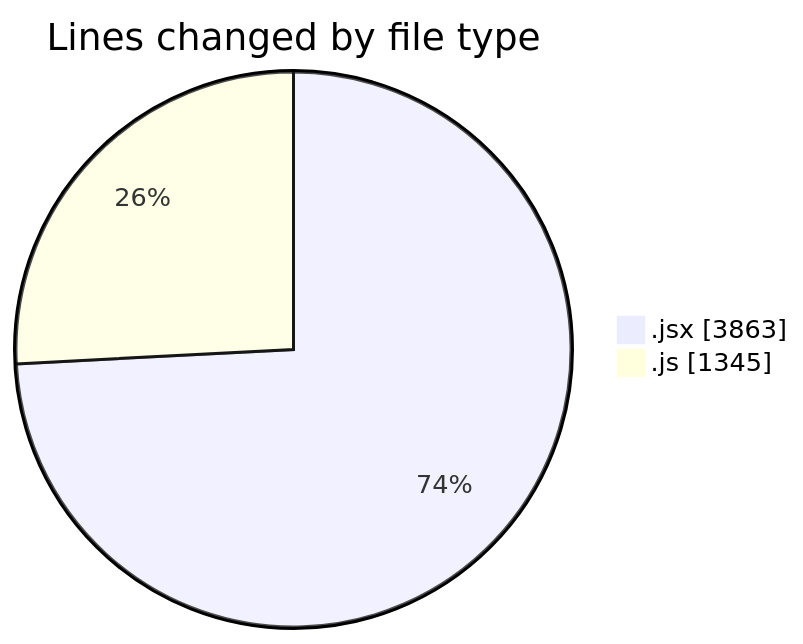
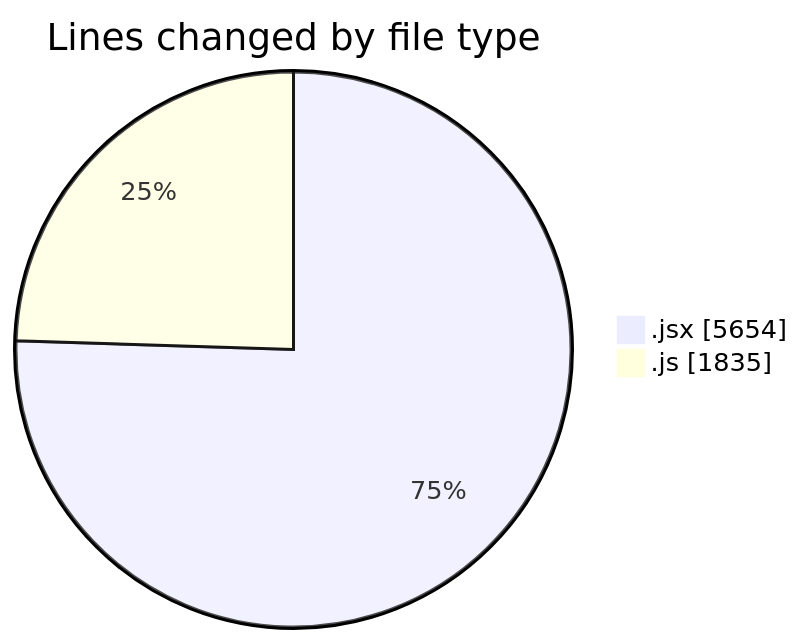
Before and after one commit to nxtqubesakshisongat/code-tracking: the first of 2 diagrams in 2025-12-24/nxtqube_webapp/README.md, drawn with Mermaid. The commit also changed other lines of this file and 1 other file, not shown here.

````diff
--- a/2025-12-24/nxtqube_webapp/README.md
+++ b/2025-12-24/nxtqube_webapp/README.md
@@ -24,6 +24,6 @@
 ```mermaid
 pie showData
 title Lines changed by file type
-".jsx" : 3863
-".js" : 1345
+".jsx" : 5654
+".js" : 1835
 ```
````
